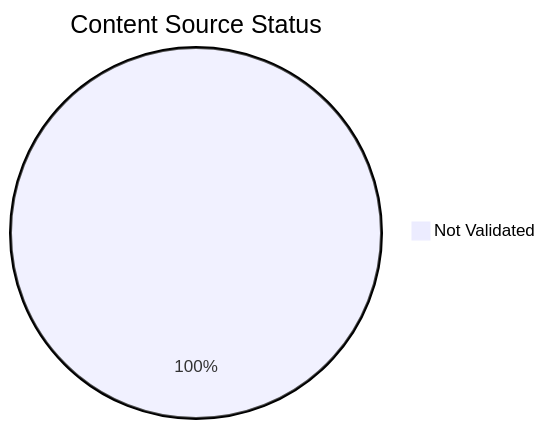
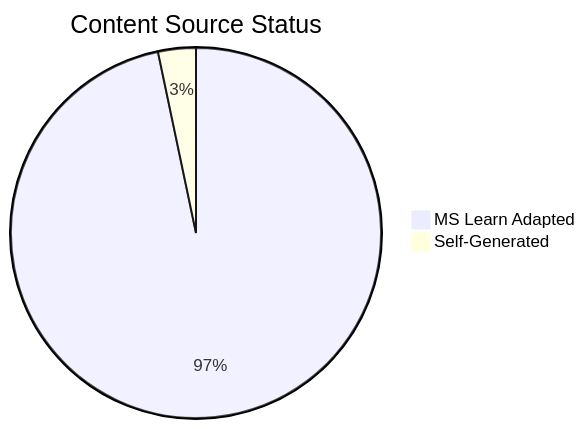
The diagram in docs/reference/content-validation-status.md (yeongseon/azure-storage-practical-guide), drawn with Mermaid before and after one commit. The commit also changed other lines of this file and 76 other files, not shown here.

First line of the commit message:
feat: add MSLearn source attribution to all 91 mermaid diagrams

````diff
--- a/docs/reference/content-validation-status.md
+++ b/docs/reference/content-validation-status.md
@@ -20,4 +40,5 @@
 ```mermaid
 pie title Content Source Status
-    "Not Validated" : 89
+    "MS Learn Adapted" : 88
+    "Self-Generated" : 3
 ```
````
